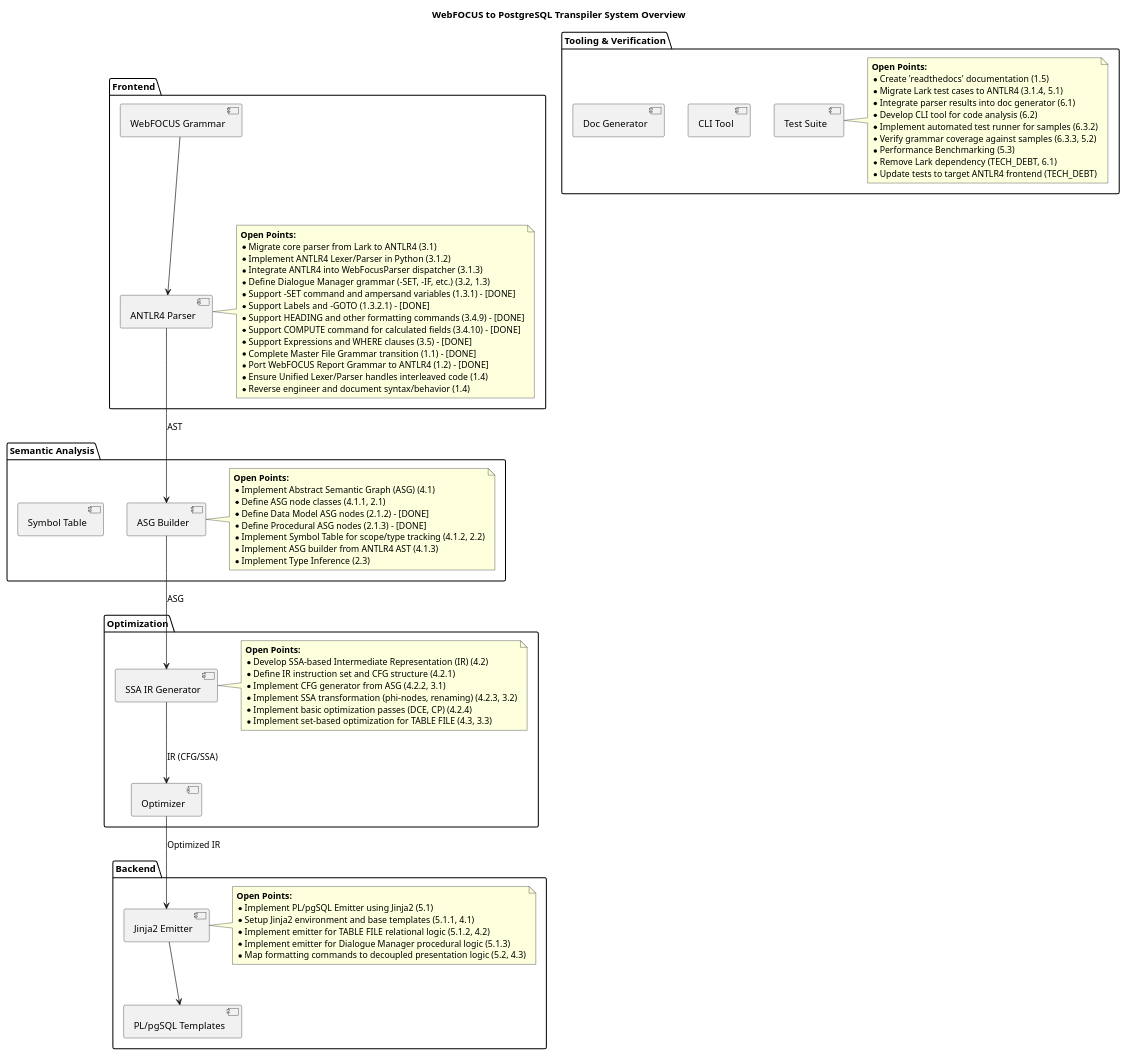
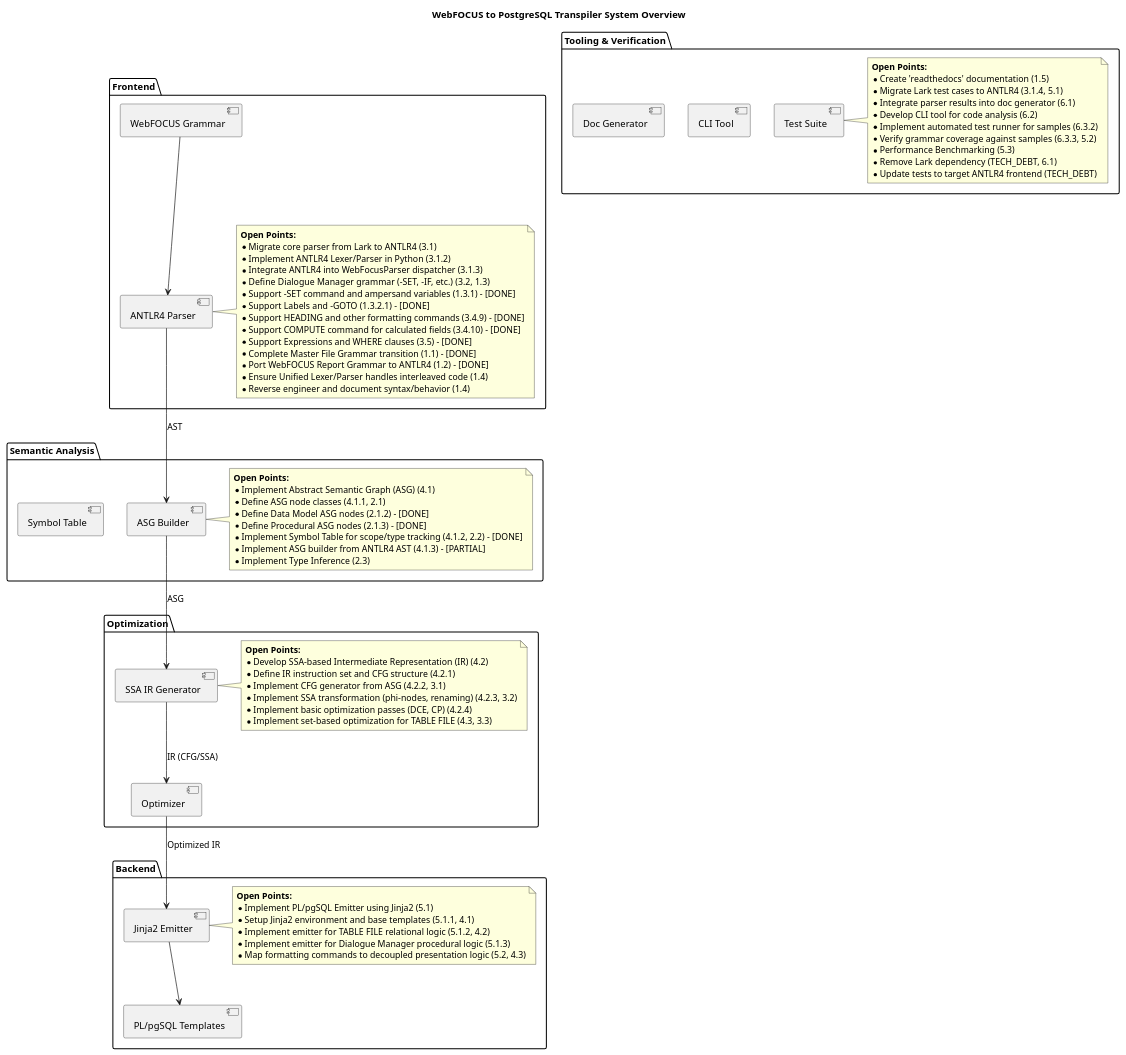
The diagram in SYSTEM_OVERVIEW.plantuml (chatelao/web-focus-benf), drawn with PlantUML before and after one commit. The commit also changed 4 other files, not shown here.

First line of the commit message:
Implement ASG Builder infrastructure and basic DM support

```diff
--- a/SYSTEM_OVERVIEW.plantuml
+++ b/SYSTEM_OVERVIEW.plantuml
@@ -1,94 +1,94 @@
 @startuml
 skinparam componentStyle uml2
 
 title WebFOCUS to PostgreSQL Transpiler System Overview
 
 package "Frontend" {
     [ANTLR4 Parser] as Parser
     [WebFOCUS Grammar] as Grammar
     note right of Parser
         **Open Points:**
         * Migrate core parser from Lark to ANTLR4 (3.1)
         * Implement ANTLR4 Lexer/Parser in Python (3.1.2)
         * Integrate ANTLR4 into WebFocusParser dispatcher (3.1.3)
         * Define Dialogue Manager grammar (-SET, -IF, etc.) (3.2, 1.3)
         * Support -SET command and ampersand variables (1.3.1) - [DONE]
         * Support Labels and -GOTO (1.3.2.1) - [DONE]
         * Support HEADING and other formatting commands (3.4.9) - [DONE]
         * Support COMPUTE command for calculated fields (3.4.10) - [DONE]
         * Support Expressions and WHERE clauses (3.5) - [DONE]
         * Complete Master File Grammar transition (1.1) - [DONE]
         * Port WebFOCUS Report Grammar to ANTLR4 (1.2) - [DONE]
         * Ensure Unified Lexer/Parser handles interleaved code (1.4)
         * Reverse engineer and document syntax/behavior (1.4)
     end note
 }
 
 package "Semantic Analysis" {
     [ASG Builder] as ASGBuilder
     [Symbol Table] as SymbolTable
     note right of ASGBuilder
         **Open Points:**
         * Implement Abstract Semantic Graph (ASG) (4.1)
         * Define ASG node classes (4.1.1, 2.1)
         * Define Data Model ASG nodes (2.1.2) - [DONE]
         * Define Procedural ASG nodes (2.1.3) - [DONE]
-        * Implement Symbol Table for scope/type tracking (4.1.2, 2.2)
-        * Implement ASG builder from ANTLR4 AST (4.1.3)
+        * Implement Symbol Table for scope/type tracking (4.1.2, 2.2) - [DONE]
+        * Implement ASG builder from ANTLR4 AST (4.1.3) - [PARTIAL]
         * Implement Type Inference (2.3)
     end note
 }
 
 package "Optimization" {
     [SSA IR Generator] as IRGen
     [Optimizer] as Optimizer
     note right of IRGen
         **Open Points:**
         * Develop SSA-based Intermediate Representation (IR) (4.2)
         * Define IR instruction set and CFG structure (4.2.1)
         * Implement CFG generator from ASG (4.2.2, 3.1)
         * Implement SSA transformation (phi-nodes, renaming) (4.2.3, 3.2)
         * Implement basic optimization passes (DCE, CP) (4.2.4)
         * Implement set-based optimization for TABLE FILE (4.3, 3.3)
     end note
 }
 
 package "Backend" {
     [Jinja2 Emitter] as Emitter
     [PL/pgSQL Templates] as Templates
     note right of Emitter
         **Open Points:**
         * Implement PL/pgSQL Emitter using Jinja2 (5.1)
         * Setup Jinja2 environment and base templates (5.1.1, 4.1)
         * Implement emitter for TABLE FILE relational logic (5.1.2, 4.2)
         * Implement emitter for Dialogue Manager procedural logic (5.1.3)
         * Map formatting commands to decoupled presentation logic (5.2, 4.3)
     end note
 }
 
 package "Tooling & Verification" {
     [CLI Tool] as CLI
     [Test Suite] as Tests
     [Doc Generator] as DocGen
     note right of Tests
         **Open Points:**
         * Create 'readthedocs' documentation (1.5)
         * Migrate Lark test cases to ANTLR4 (3.1.4, 5.1)
         * Integrate parser results into doc generator (6.1)
         * Develop CLI tool for code analysis (6.2)
         * Implement automated test runner for samples (6.3.2)
         * Verify grammar coverage against samples (6.3.3, 5.2)
         * Performance Benchmarking (5.3)
         * Remove Lark dependency (TECH_DEBT, 6.1)
         * Update tests to target ANTLR4 frontend (TECH_DEBT)
     end note
 }
 
 Grammar --> Parser
 Parser --> ASGBuilder : AST
 ASGBuilder --> IRGen : ASG
 IRGen --> Optimizer : IR (CFG/SSA)
 Optimizer --> Emitter : Optimized IR
 Emitter --> Templates
 
 @enduml
```
